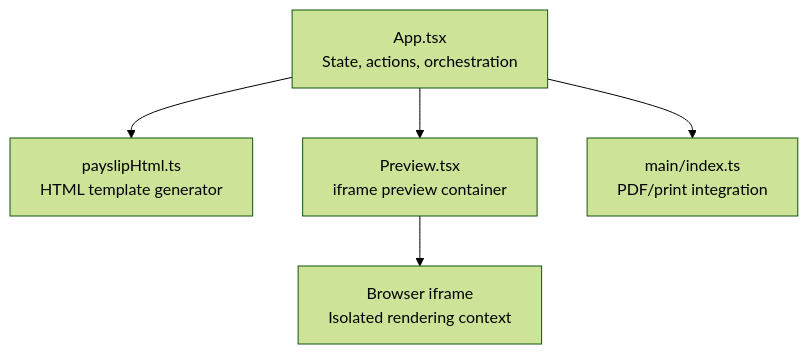
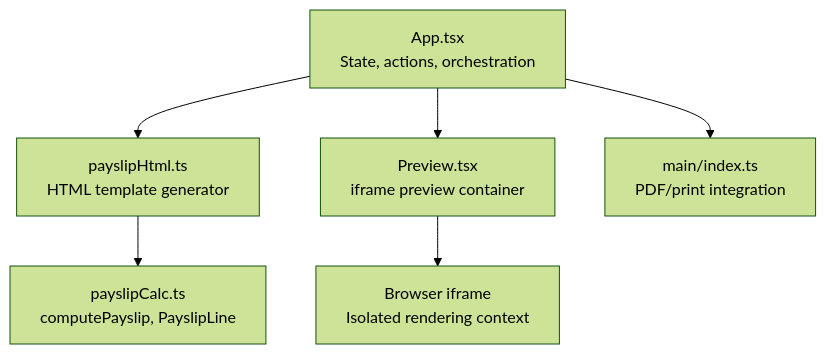
Before and after one commit to MdodoIng/salery-slip-generater: the first of 7 diagrams in .qoder/repowiki/en/content/UI Components/Preview Component.md, drawn with Mermaid (forest theme). The commit also changed other lines of this file and 22 other files, not shown here.

````diff
--- a/.qoder/repowiki/en/content/UI Components/Preview Component.md
+++ b/.qoder/repowiki/en/content/UI Components/Preview Component.md
@@ -29,7 +32,8 @@
 ```mermaid
 graph TB
 App["App.tsx<br/>State, actions, orchestration"] --> HtmlGen["payslipHtml.ts<br/>HTML template generator"]
+HtmlGen --> Calc["payslipCalc.ts<br/>computePayslip, PayslipLine"]
 App --> PreviewComp["Preview.tsx<br/>iframe preview container"]
 PreviewComp --> Iframe["Browser iframe<br/>Isolated rendering context"]
 App --> MainProcess["main/index.ts<br/>PDF/print integration"]
 ```
````
